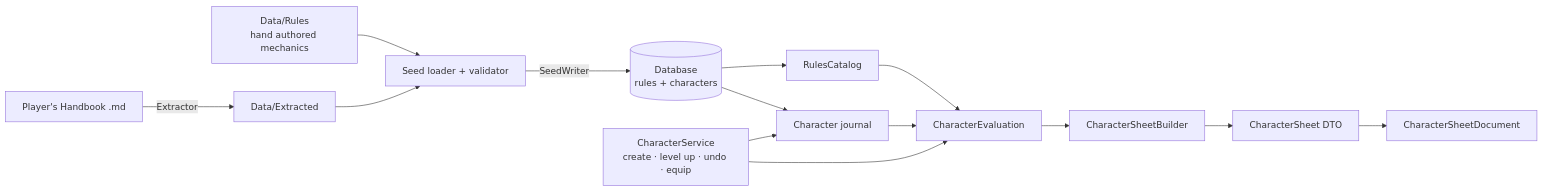
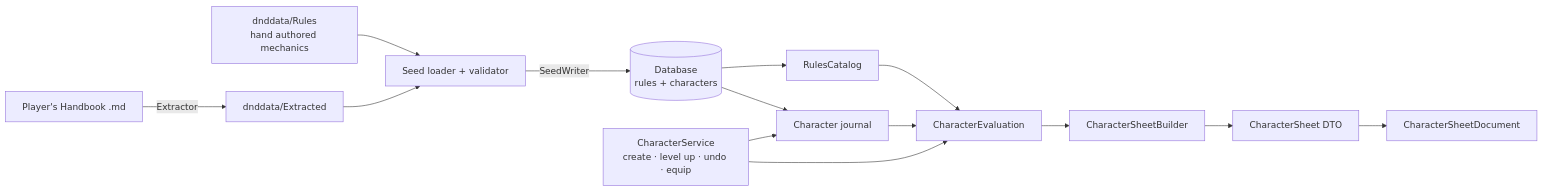
Before and after one commit to Wyrmaster/TableTopSheets: the first of 2 diagrams in README.md, drawn with Mermaid. The commit also changed other lines of this file and 1411 other files, not shown here.

First line of the commit message:
Seed data from a mounted folder, GHCR images and pull-only compose files

````diff
--- a/README.md
+++ b/README.md
@@ -161,14 +191,14 @@
 ```mermaid
 flowchart LR
-  PHB[Player's Handbook .md] -->|Extractor| EX[Data/Extracted]
-  AUTH[Data/Rules<br/>hand authored mechanics] --> SEED
+  PHB[Player's Handbook .md] -->|Extractor| EX[dnddata/Extracted]
+  AUTH[dnddata/Rules<br/>hand authored mechanics] --> SEED
   EX --> SEED[Seed loader + validator]
   SEED -->|SeedWriter| DB[(Database<br/>rules + characters)]
   DB --> CAT[RulesCatalog]
   DB --> CH[Character journal]
   CAT --> EV[CharacterEvaluation]
   CH --> EV
   EV --> SB[CharacterSheetBuilder] --> SHEET[CharacterSheet DTO] --> PDF[CharacterSheetDocument]
   SVC[CharacterService<br/>create · level up · undo · equip] --> CH
   SVC --> EV
 ```
````
